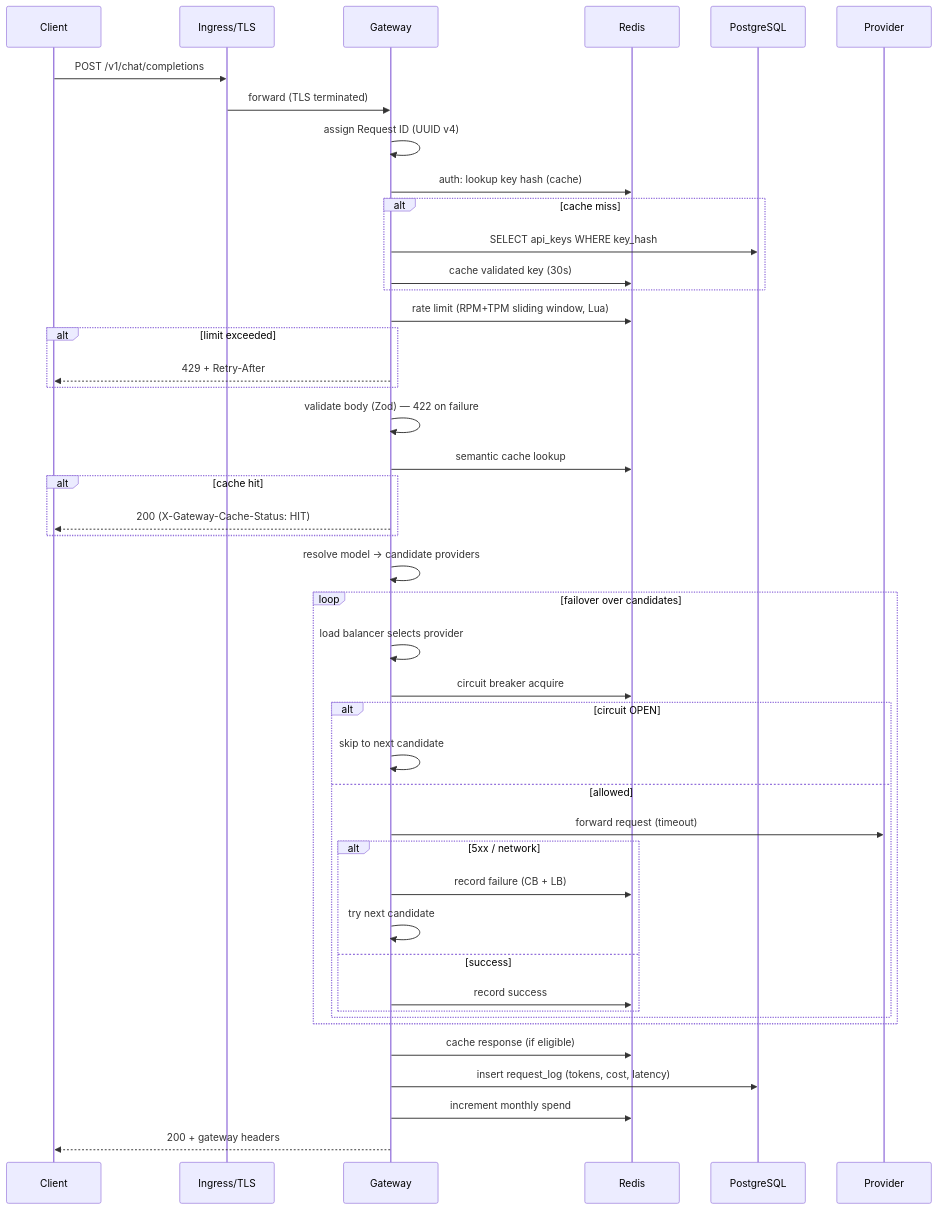
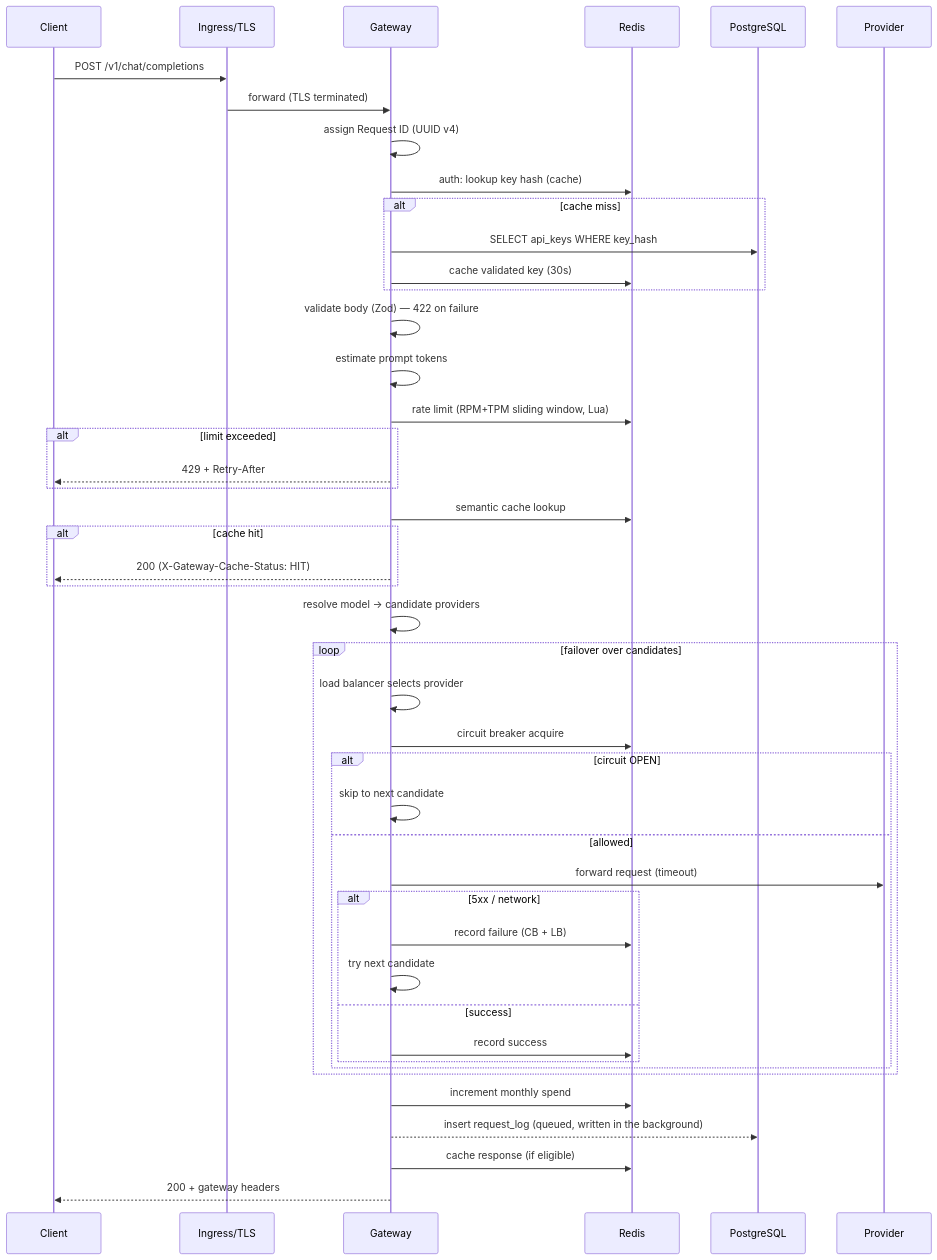
Before and after one commit to sdivyanshu90/build-your-own-ai-gateway: the first of 3 diagrams in GATEWAY.md, drawn with Mermaid. The commit also changed other lines of this file and 21 other files, not shown here.

First line of the commit message:
docs: handbook (architecture, providers, reliability, security, data model, config, API, audit)

````diff
--- a/GATEWAY.md
+++ b/GATEWAY.md
@@ -82,47 +82,48 @@
 ```mermaid
 sequenceDiagram
     participant C as Client
     participant LB as Ingress/TLS
     participant G as Gateway
     participant R as Redis
     participant DB as PostgreSQL
     participant P as Provider
 
     C->>LB: POST /v1/chat/completions
     LB->>G: forward (TLS terminated)
     G->>G: assign Request ID (UUID v4)
     G->>R: auth: lookup key hash (cache)
     alt cache miss
         G->>DB: SELECT api_keys WHERE key_hash
         G->>R: cache validated key (30s)
     end
+    G->>G: validate body (Zod) — 422 on failure
+    G->>G: estimate prompt tokens
     G->>R: rate limit (RPM+TPM sliding window, Lua)
     alt limit exceeded
         G-->>C: 429 + Retry-After
     end
-    G->>G: validate body (Zod) — 422 on failure
     G->>R: semantic cache lookup
     alt cache hit
         G-->>C: 200 (X-Gateway-Cache-Status: HIT)
     end
     G->>G: resolve model → candidate providers
     loop failover over candidates
         G->>G: load balancer selects provider
         G->>R: circuit breaker acquire
         alt circuit OPEN
             G->>G: skip to next candidate
         else allowed
             G->>P: forward request (timeout)
             alt 5xx / network
                 G->>R: record failure (CB + LB)
                 G->>G: try next candidate
             else success
                 G->>R: record success
             end
         end
     end
+    G->>R: increment monthly spend
+    G-->>DB: insert request_log (queued, written in the background)
     G->>R: cache response (if eligible)
-    G->>DB: insert request_log (tokens, cost, latency)
-    G->>R: increment monthly spend
     G-->>C: 200 + gateway headers
 ```
````
